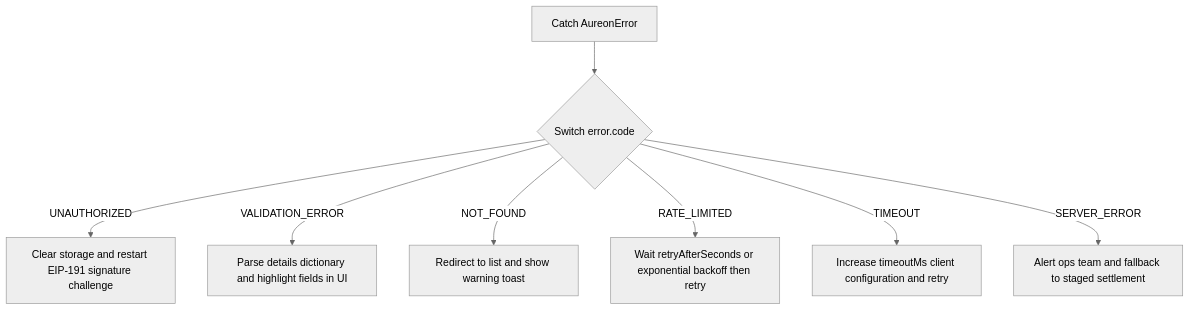
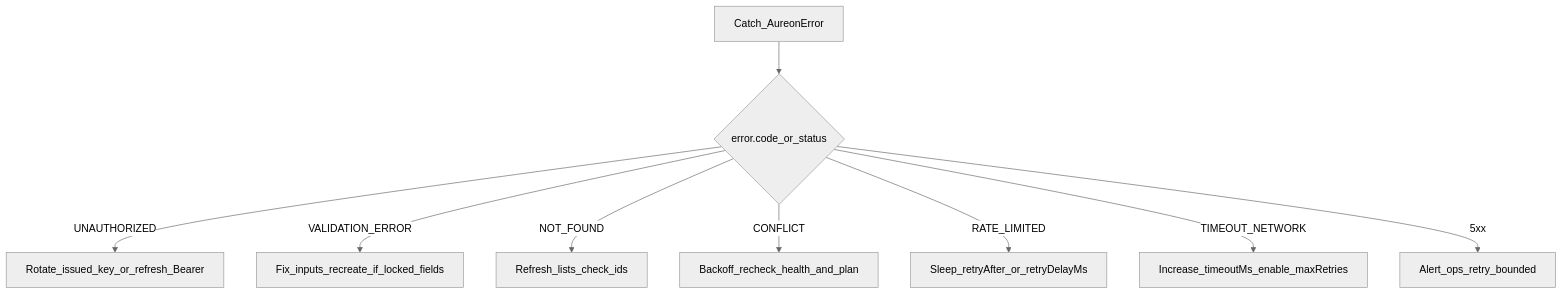
Before and after one commit to buildaureon/aureon-sdk: the second of 2 diagrams in docs/error-model.md, drawn with Mermaid (neutral theme). The commit also changed other lines of this file, not shown here.

Commit message:
docs: condense error model prose while preserving full code reference

````diff
--- a/docs/error-model.md
+++ b/docs/error-model.md
@@ -138,11 +120,12 @@
 ```mermaid
 flowchart TD
-  Catch[Catch AureonError] --> CodeBranch{Switch error.code}
+  Catch[Catch_AureonError] --> Code{error.code_or_status}
 
-  CodeBranch -->|UNAUTHORIZED| HandleAuth[Clear storage and restart EIP-191 signature challenge]
-  CodeBranch -->|VALIDATION_ERROR| HandleValidation[Parse details dictionary and highlight fields in UI]
-  CodeBranch -->|NOT_FOUND| HandleNotFound[Redirect to list and show warning toast]
-  CodeBranch -->|RATE_LIMITED| HandleRate[Wait retryAfterSeconds or exponential backoff then retry]
-  CodeBranch -->|TIMEOUT| HandleTimeout[Increase timeoutMs client configuration and retry]
-  CodeBranch -->|SERVER_ERROR| HandleServer[Alert ops team and fallback to staged settlement]
+  Code -->|UNAUTHORIZED| Auth[Rotate_issued_key_or_refresh_Bearer]
+  Code -->|VALIDATION_ERROR| ValFix[Fix_inputs_recreate_if_locked_fields]
+  Code -->|NOT_FOUND| Missing[Refresh_lists_check_ids]
+  Code -->|CONFLICT| Wait[Backoff_recheck_health_and_plan]
+  Code -->|RATE_LIMITED| Sleep[Sleep_retryAfter_or_retryDelayMs]
+  Code -->|TIMEOUT_NETWORK| Retry[Increase_timeoutMs_enable_maxRetries]
+  Code -->|5xx| Alert[Alert_ops_retry_bounded]
 ```
````
